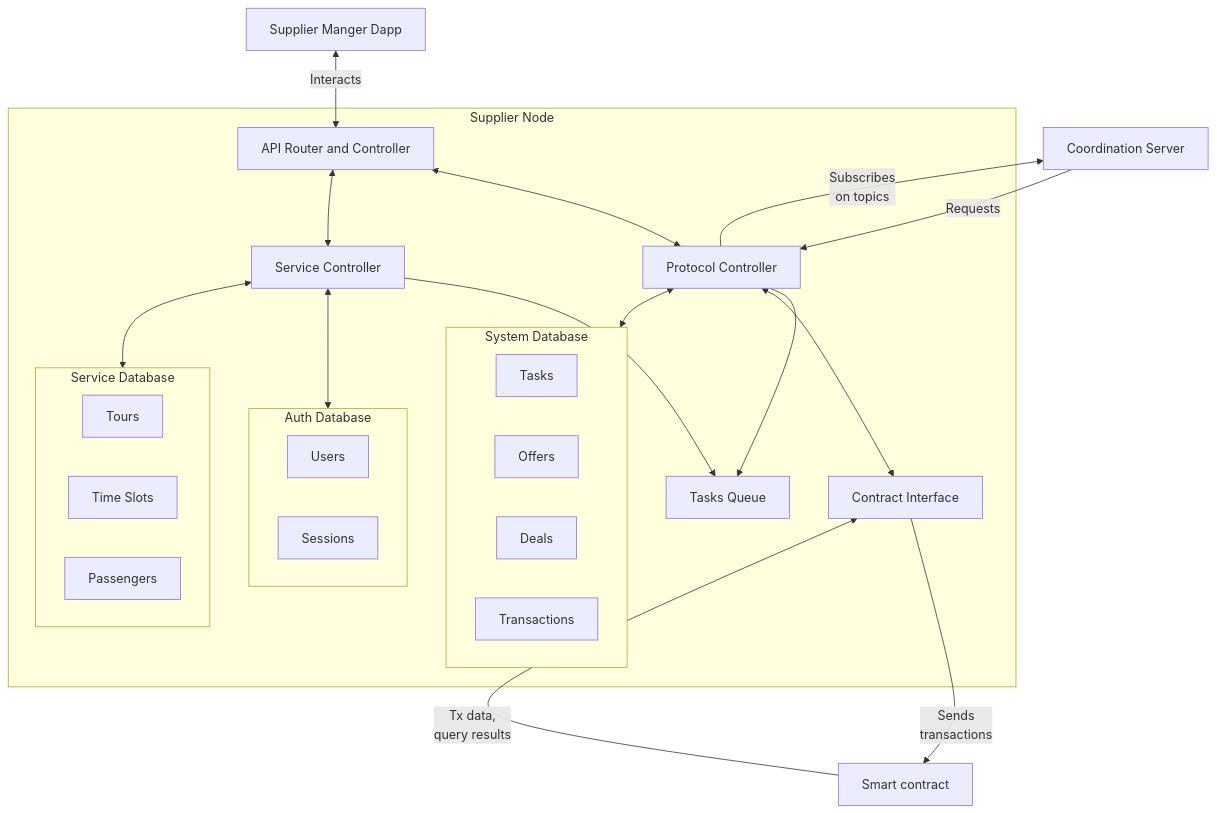
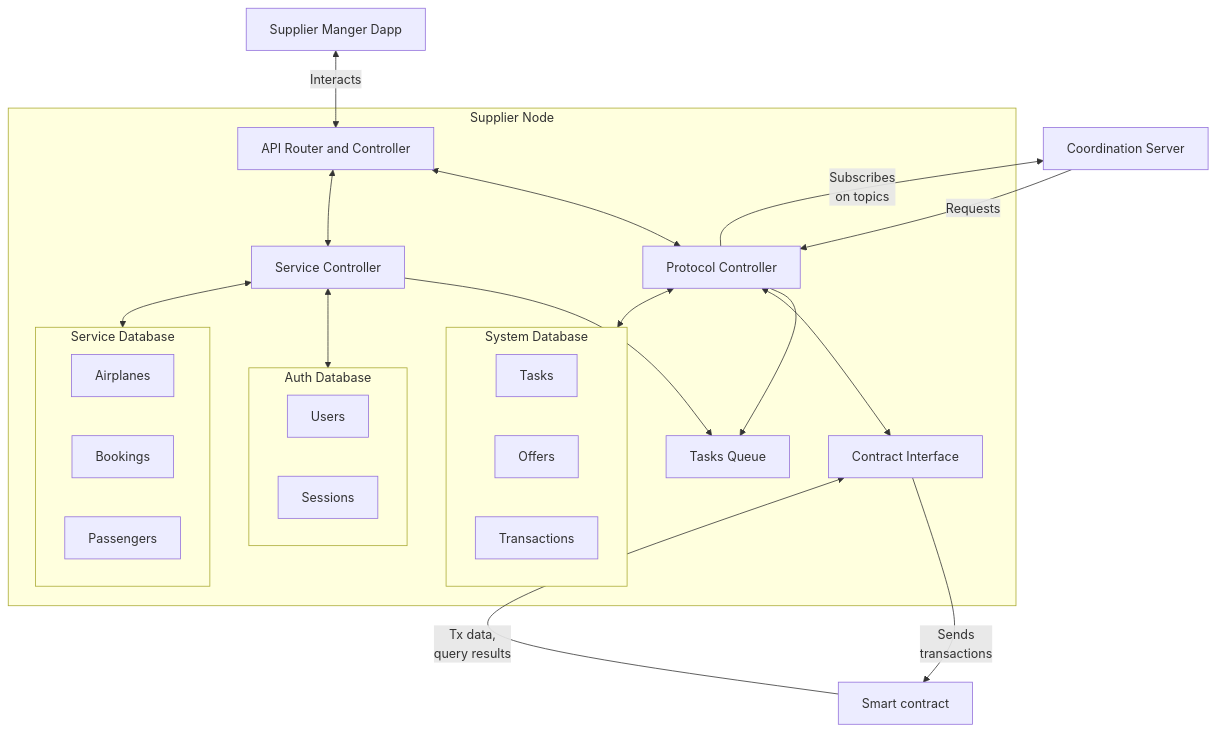
One commit to windingtree/mvp changed the first of 10 diagrams in docs/node-spec.md. Above: the diagram before and after it, drawn with Mermaid. The commit also changed other lines of this file and 9 other files, not shown here.

````diff
--- a/docs/node-spec.md
+++ b/docs/node-spec.md
@@ -51,51 +51,50 @@
 ```mermaid
 graph TB
   server[Coordination Server]
   dapp[Supplier Manger Dapp]
   contract[Smart contract]
 
   subgraph node[Supplier Node]
     apiRouter[API Router and Controller]
     contractApi[Contract Interface]
     protocolCtrl[Protocol Controller]
     serviceCtrl[Service Controller]
     tasksQueue[Tasks Queue]
 
     subgraph sysDb[System Database]
       tasks[Tasks]
       offers[Offers]
-      deals[Deals]
       transactions[Transactions]
     end
 
     subgraph authDb[Auth Database]
       users[Users]
       sessions[Sessions]
     end
 
     subgraph serviceDb[Service Database]
-      tours[Tours]
-      slots[Time Slots]
+      planes[Airplanes]
+      bookings[Bookings]
       passengers[Passengers]
     end
 
     apiRouter <--> protocolCtrl
     apiRouter <--> serviceCtrl
 
     protocolCtrl --> tasksQueue
     protocolCtrl <--> sysDb
     serviceCtrl --> tasksQueue
     serviceCtrl <--> authDb
     serviceCtrl <--> serviceDb
 
     protocolCtrl <--> contractApi
   end
 
   dapp <-- Interacts --> apiRouter
 
   contractApi -- Sends\ntransactions --> contract
   contract -- Tx data,\nquery results --> contractApi
 
   server -- Requests --> protocolCtrl
   protocolCtrl -- Subscribes\non topics --> server
 ```
````
